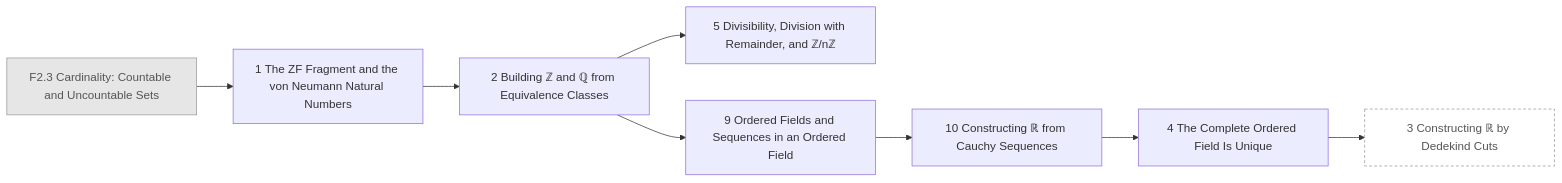
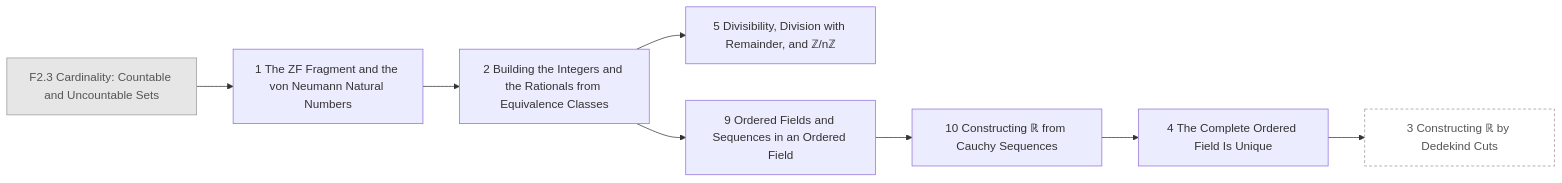
One commit to AkizumiFox/math-atlas changed the diagram in generated/chapters/F3.mmd. Above: the diagram before and after it, drawn with Mermaid. The commit also changed 5 other files, not shown here.

Commit message:
F3.2 title matches the drafted chapter: Building the Integers and the Rationals from Equivalence Classes

```diff
--- a/generated/chapters/F3.mmd
+++ b/generated/chapters/F3.mmd
@@ -1,19 +1,19 @@
 flowchart LR
   F2_3["F2.3 Cardinality: Countable and Uncountable Sets"]:::ext
   F3_1["1 The ZF Fragment and the von Neumann Natural Numbers"]
-  F3_2["2 Building ℤ and ℚ from Equivalence Classes"]
+  F3_2["2 Building the Integers and the Rationals from Equivalence Classes"]
   F3_5["5 Divisibility, Division with Remainder, and ℤ/nℤ"]
   F3_9["9 Ordered Fields and Sequences in an Ordered Field"]
   F3_10["10 Constructing ℝ from Cauchy Sequences"]
   F3_4["4 The Complete Ordered Field Is Unique"]
   F3_3["3 Constructing ℝ by Dedekind Cuts"]:::opt
   F2_3 --> F3_1
   F3_1 --> F3_2
   F3_2 --> F3_5
   F3_2 --> F3_9
   F3_9 --> F3_10
   F3_10 --> F3_4
   F3_4 --> F3_3
   classDef ext fill:#e6e6e6,stroke:#999,color:#555
   classDef opt fill:#fff,stroke:#999,stroke-dasharray:4 3,color:#555
   classDef segb fill:#f6f6fb,stroke:#99a,color:#333
```
